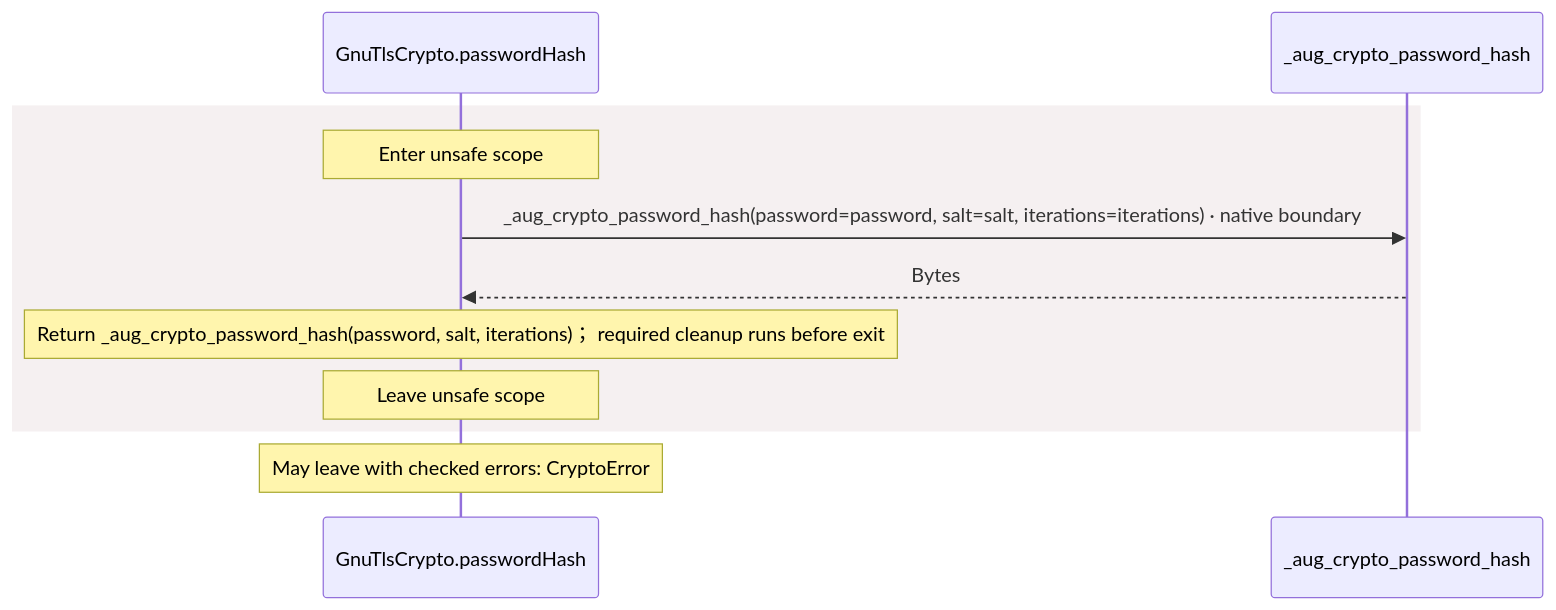
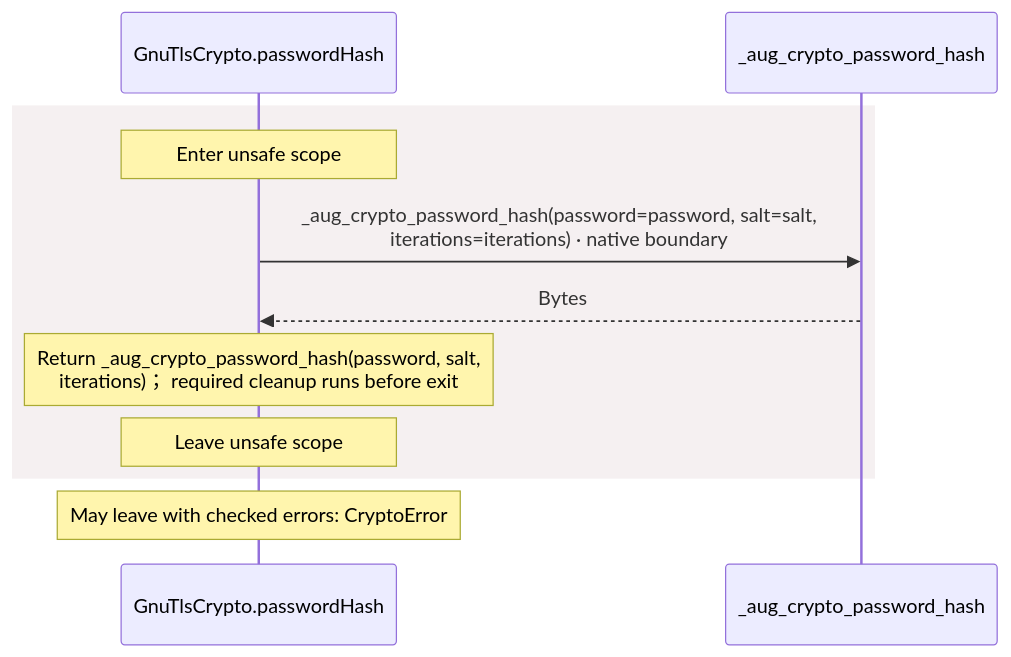
One commit to GreenPandaStudios/augscript changed diagram 14 of 14 in docs/examples/oidc-login/dependencies/packages/@git/url_9ef654c66d34ab8f5527/0.0.0-git.b14a0f9aa41f1ce58bd51133bcdc424033e40d40/contracts-diagrams.md. Above: the diagram before and after it, drawn with Mermaid. The commit also changed other lines of this file and 200 other files, not shown here.

Commit message:
Group imported operations and wrap readable sequence messages

````diff
--- a/docs/examples/oidc-login/dependencies/packages/@git/url_9ef654c66d34ab8f5527/0.0.0-git.b14a0f9aa41f1ce58bd51133bcdc424033e40d40/contracts-diagrams.md
+++ b/docs/examples/oidc-login/dependencies/packages/@git/url_9ef654c66d34ab8f5527/0.0.0-git.b14a0f9aa41f1ce58bd51133bcdc424033e40d40/contracts-diagrams.md
@@ -490,13 +490,13 @@
 ```mermaid
 sequenceDiagram
     participant p0 as GnuTlsCrypto.passwordHash
     participant p1 as _aug_crypto_password_hash
     rect rgb(245, 240, 241)
     Note over p0: Enter unsafe scope
-    p0->>p1: _aug_crypto_password_hash(password=password, salt=salt, iterations=iterations) · native boundary
+    p0->>p1: _aug_crypto_password_hash(password=password, salt=salt,<br/>iterations=iterations) · native boundary
     p1-->>p0: Bytes
-    Note over p0: Return _aug_crypto_password_hash(password, salt, iterations)； required cleanup runs before exit
+    Note over p0: Return _aug_crypto_password_hash(password, salt,<br/>iterations)； required cleanup runs before exit
     Note over p0: Leave unsafe scope
     end
     Note over p0: May leave with checked errors: CryptoError
 ```
````
